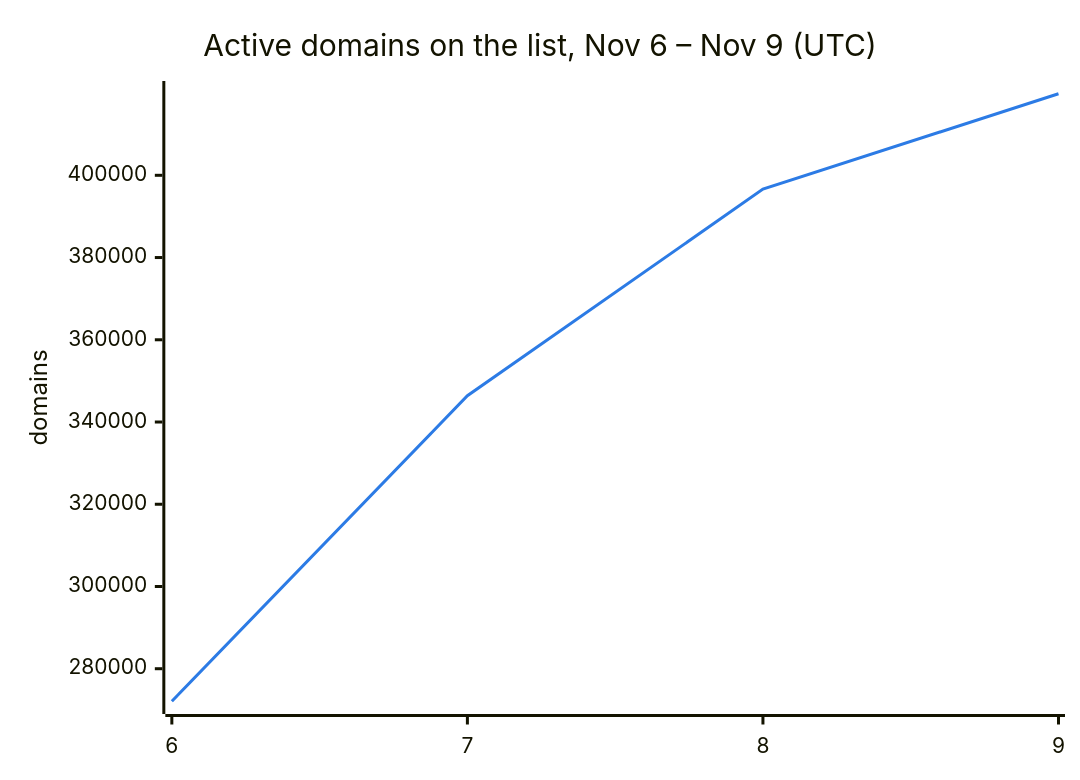
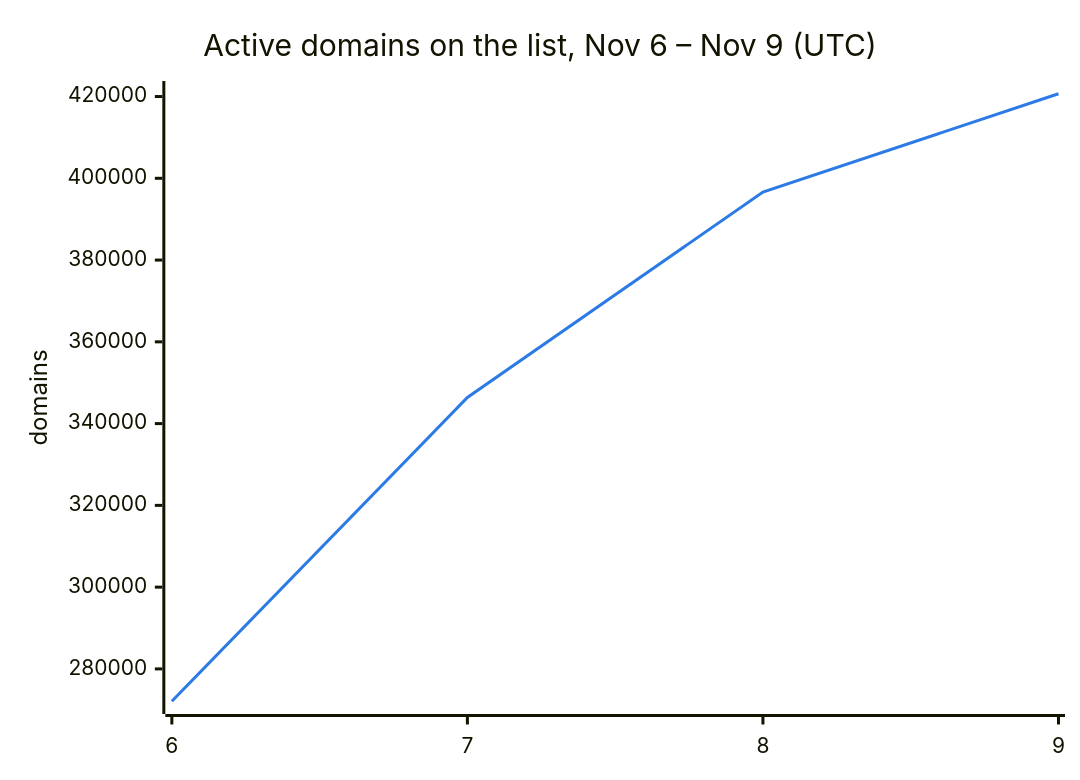
Before and after one commit to DNSBunker/CTI: the second of 3 diagrams in README.md, drawn with Mermaid. The commit also changed other lines of this file and 3 other files, not shown here.

````diff
--- a/README.md
+++ b/README.md
@@ -38,8 +38,8 @@
 ```mermaid
 %%{init: {"themeVariables": {"xyChart": {"plotColorPalette": "#2c7be5"}}}}%%
 xychart-beta
     title "Active domains on the list, Nov 6 – Nov 9 (UTC)"
     x-axis ["6", "7", "8", "9"]
     y-axis "domains"
-    line [272088, 346388, 396638, 419834]
+    line [272088, 346388, 396638, 420681]
 ```
````
